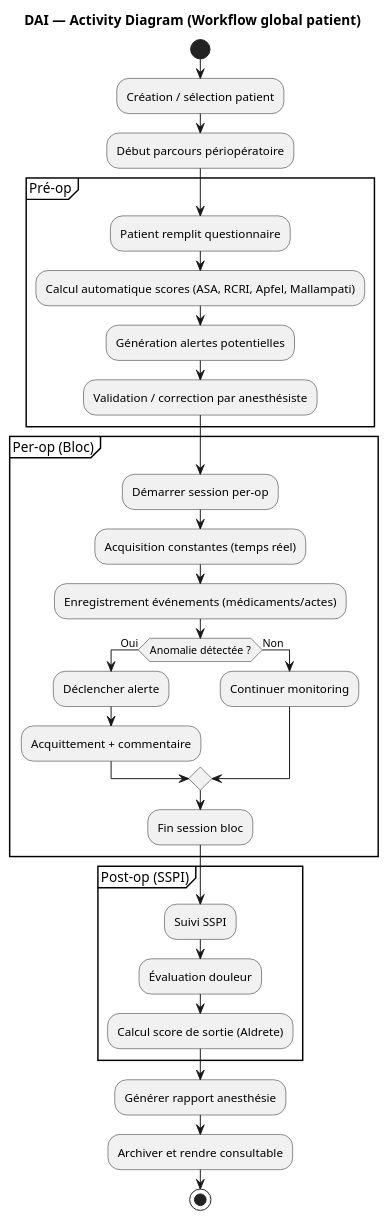
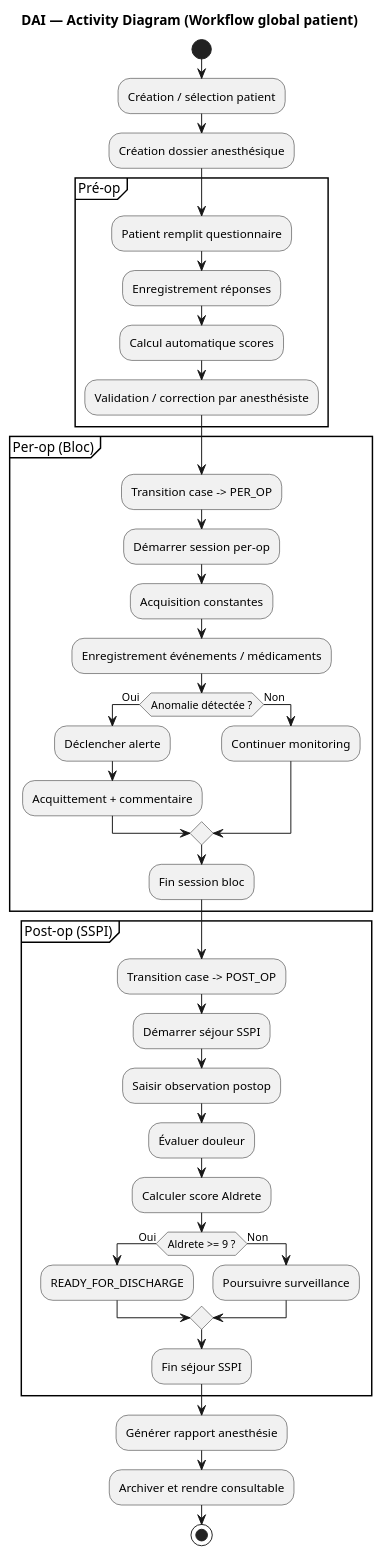
One commit to yasminebelhajmabrouk-ops/yasmine_DAI changed the diagram in diagrams/uml/source/activity-workflow.puml. Above: the diagram before and after it, drawn with PlantUML. The commit also changed 3 other files, not shown here.

Commit message:
docs(uml): update and complete project uml diagrams

```diff
--- a/diagrams/uml/source/activity-workflow.puml
+++ b/diagrams/uml/source/activity-workflow.puml
@@ -1,39 +1,47 @@
 @startuml
 title DAI — Activity Diagram (Workflow global patient)
 
 start
 
 :Création / sélection patient;
-:Début parcours périopératoire;
+:Création dossier anesthésique;
 
 partition "Pré-op" {
   :Patient remplit questionnaire;
-  :Calcul automatique scores (ASA, RCRI, Apfel, Mallampati);
-  :Génération alertes potentielles;
+  :Enregistrement réponses;
+  :Calcul automatique scores;
   :Validation / correction par anesthésiste;
 }
 
 partition "Per-op (Bloc)" {
+  :Transition case -> PER_OP;
   :Démarrer session per-op;
-  :Acquisition constantes (temps réel);
-  :Enregistrement événements (médicaments/actes);
+  :Acquisition constantes;
+  :Enregistrement événements / médicaments;
   if (Anomalie détectée ?) then (Oui)
     :Déclencher alerte;
     :Acquittement + commentaire;
   else (Non)
     :Continuer monitoring;
   endif
   :Fin session bloc;
 }
 
 partition "Post-op (SSPI)" {
-  :Suivi SSPI;
-  :Évaluation douleur;
-  :Calcul score de sortie (Aldrete);
+  :Transition case -> POST_OP;
+  :Démarrer séjour SSPI;
+  :Saisir observation postop;
+  :Évaluer douleur;
+  :Calculer score Aldrete;
+  if (Aldrete >= 9 ?) then (Oui)
+    :READY_FOR_DISCHARGE;
+  else (Non)
+    :Poursuivre surveillance;
+  endif
+  :Fin séjour SSPI;
 }
 
 :Générer rapport anesthésie;
 :Archiver et rendre consultable;
-
 stop
 @enduml
```
